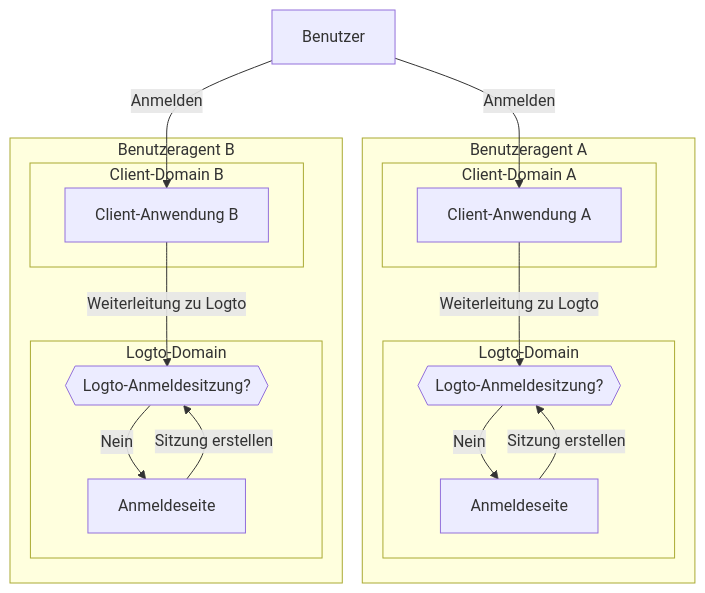
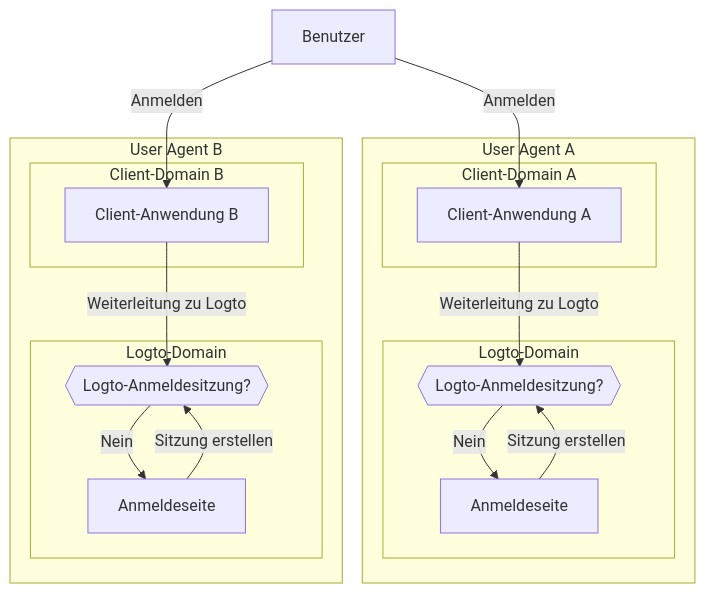
The third of 3 diagrams in i18n/de/docusaurus-plugin-content-docs/current/end-user-flows/sign-out.mdx (logto-io/docs), drawn with Mermaid before and after one commit. The commit also changed other lines of this file and 162 other files, not shown here.

````diff
--- a/i18n/de/docusaurus-plugin-content-docs/current/end-user-flows/sign-out.mdx
+++ b/i18n/de/docusaurus-plugin-content-docs/current/end-user-flows/sign-out.mdx
@@ -89,35 +89,35 @@
    ```mermaid
     flowchart TD
     U[Benutzer]
 
-    subgraph DeviceA [Benutzeragent A]
+    subgraph DeviceA [User Agent A]
       subgraph Layer1 [Client-Domain A]
         A[Client-Anwendung A]
       end
 
       subgraph Layer2 [Logto-Domain]
           C{{Logto-Anmeldesitzung?}}
           D[Anmeldeseite]
       end
     end
 
-    subgraph DeviceB [Benutzeragent B]
+    subgraph DeviceB [User Agent B]
       subgraph Layer3 [Client-Domain B]
         B[Client-Anwendung B]
       end
 
       subgraph Layer4 [Logto-Domain]
           E{{Logto-Anmeldesitzung?}}
           F[Anmeldeseite]
       end
     end
 
     U --> |Anmelden| A
     A --> |Weiterleitung zu Logto| C
     U --> |Anmelden| B
     B --> |Weiterleitung zu Logto| E
     C --> |Nein| D
     E --> |Nein| F
     D --> |Sitzung erstellen| C
     F --> |Sitzung erstellen| E
    ```
````
